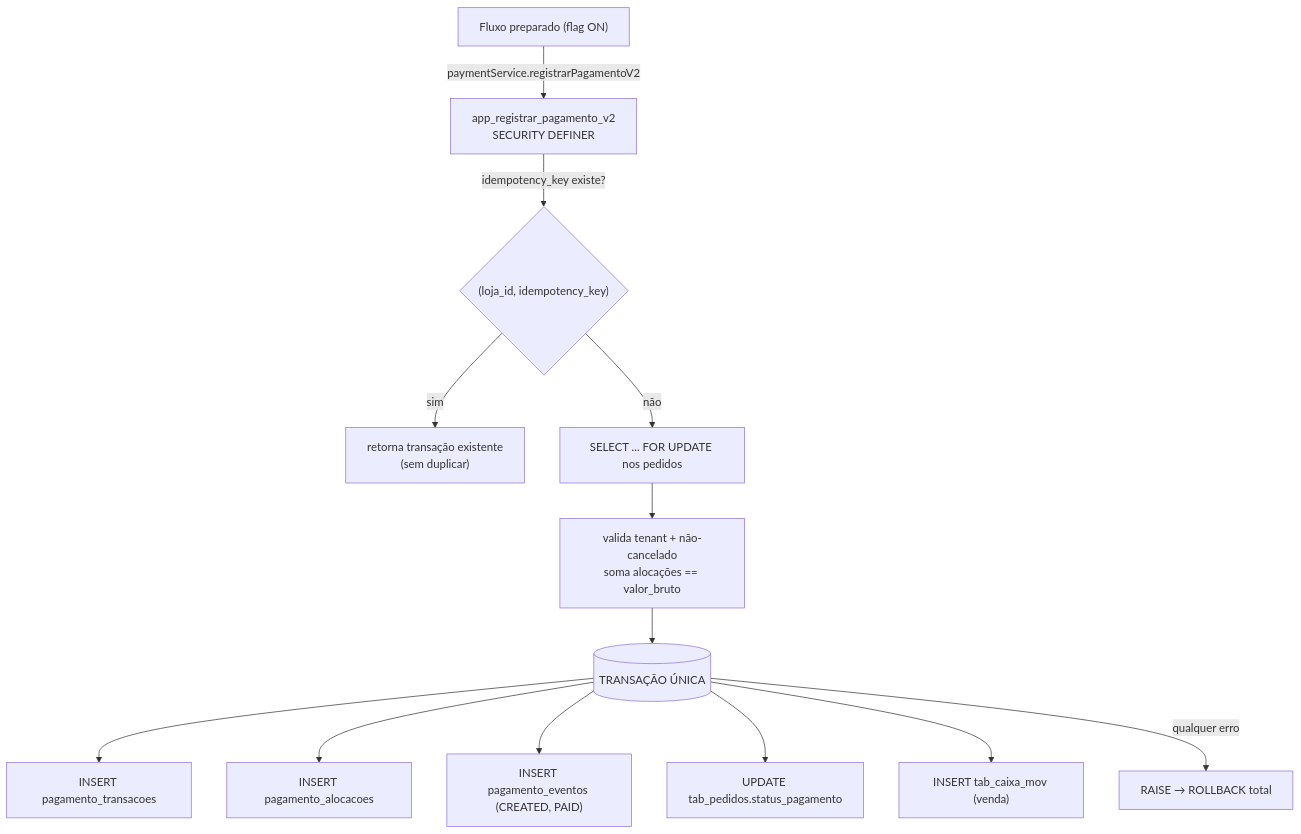
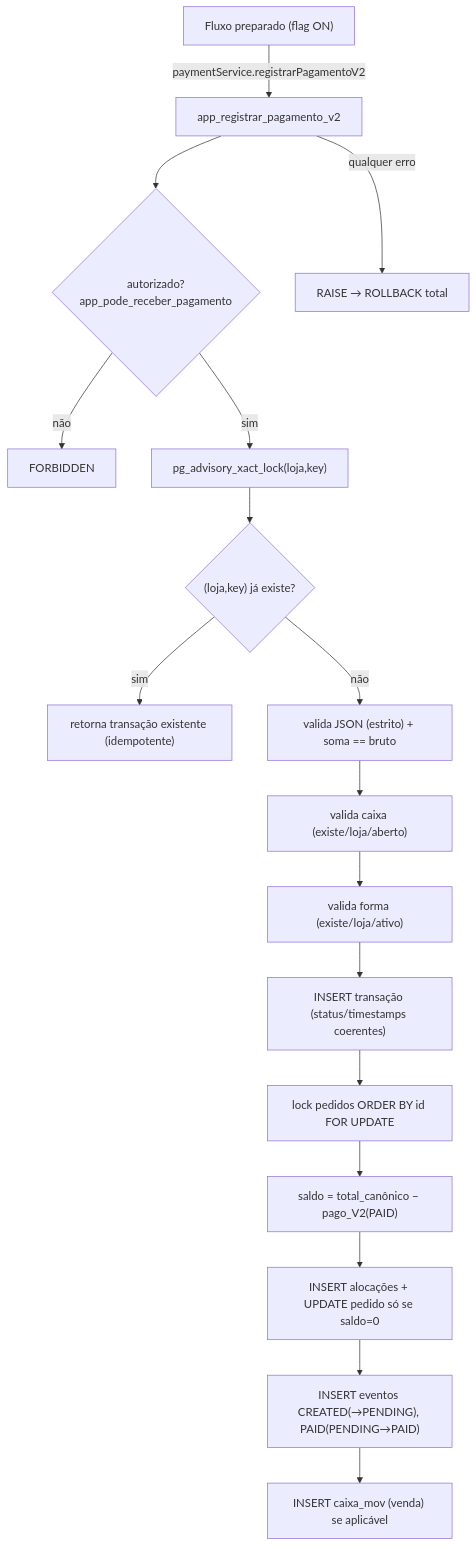
The diagram in docs/arquitetura-pagamentos-v2.md (marcoantunes171989/restaurante-pedidos), drawn with Mermaid before and after one commit. The commit also changed other lines of this file and 6 other files, not shown here.

````diff
--- a/docs/arquitetura-pagamentos-v2.md
+++ b/docs/arquitetura-pagamentos-v2.md
@@ -22,15 +23,19 @@
 ```mermaid
 flowchart TD
-  UI["Fluxo preparado (flag ON)"] -->|"paymentService.registrarPagamentoV2"| RPC["app_registrar_pagamento_v2<br/>SECURITY DEFINER"]
-  RPC -->|"idempotency_key existe?"| IDEM{"(loja_id, idempotency_key)"}
-  IDEM -->|"sim"| RET["retorna transação existente<br/>(sem duplicar)"]
-  IDEM -->|"não"| LOCK["SELECT ... FOR UPDATE nos pedidos"]
-  LOCK --> VAL["valida tenant + não-cancelado<br/>soma alocações == valor_bruto"]
-  VAL --> TX[("TRANSAÇÃO ÚNICA")]
-  TX --> T1["INSERT pagamento_transacoes"]
-  TX --> T2["INSERT pagamento_alocacoes"]
-  TX --> T3["INSERT pagamento_eventos (CREATED, PAID)"]
-  TX --> T4["UPDATE tab_pedidos.status_pagamento"]
-  TX --> T5["INSERT tab_caixa_mov (venda)"]
-  TX -->|"qualquer erro"| RB["RAISE → ROLLBACK total"]
+  UI["Fluxo preparado (flag ON)"] -->|"paymentService.registrarPagamentoV2"| RPC["app_registrar_pagamento_v2"]
+  RPC --> AUTH{"autorizado?<br/>app_pode_receber_pagamento"}
+  AUTH -->|"não"| F1["FORBIDDEN"]
+  AUTH -->|"sim"| ADV["pg_advisory_xact_lock(loja,key)"]
+  ADV --> IDEM{"(loja,key) já existe?"}
+  IDEM -->|"sim"| RET["retorna transação existente (idempotente)"]
+  IDEM -->|"não"| VJSON["valida JSON (estrito) + soma == bruto"]
+  VJSON --> VCX["valida caixa (existe/loja/aberto)"]
+  VCX --> VFP["valida forma (existe/loja/ativo)"]
+  VFP --> INS["INSERT transação (status/timestamps coerentes)"]
+  INS --> LOCK["lock pedidos ORDER BY id FOR UPDATE"]
+  LOCK --> SALDO["saldo = total_canônico − pago_V2(PAID)"]
+  SALDO --> ALOC["INSERT alocações + UPDATE pedido só se saldo=0"]
+  ALOC --> EV["INSERT eventos CREATED(→PENDING), PAID(PENDING→PAID)"]
+  EV --> CX["INSERT caixa_mov (venda) se aplicável"]
+  RPC -->|"qualquer erro"| RB["RAISE → ROLLBACK total"]
 ```
````
